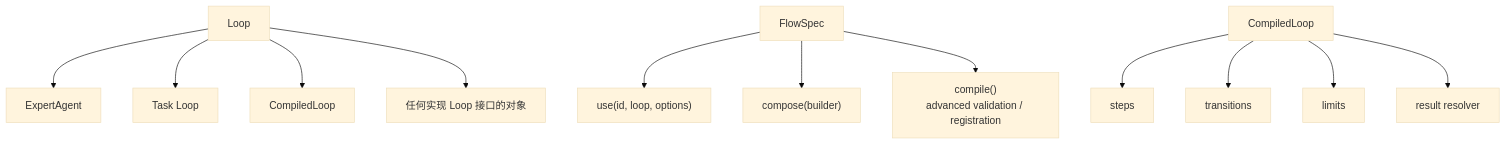
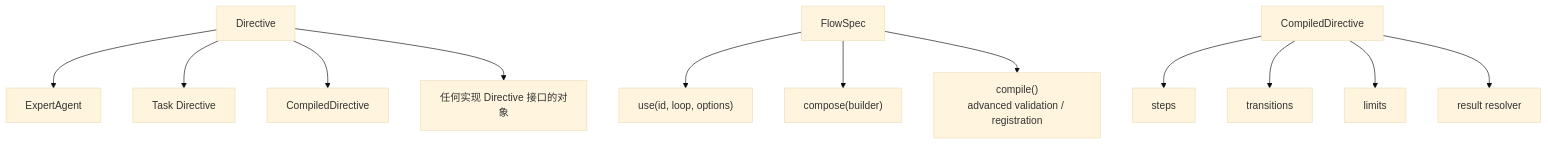
Before and after one commit to pqpo/pragma: the sixth of 18 diagrams in docs/architecture/agent-core-architecture.md, drawn with Mermaid (base theme). The commit also changed other lines of this file and 20 other files, not shown here.

````diff
--- a/docs/architecture/agent-core-architecture.md
+++ b/docs/architecture/agent-core-architecture.md
@@ -156,19 +156,19 @@
 ```mermaid
 flowchart TB
-  loop["Loop"]
+  loop["Directive"]
   loop --> expertAgent["ExpertAgent"]
-  loop --> taskLoop["Task Loop"]
-  loop --> compiledLoopRef["CompiledLoop"]
-  loop --> customLoop["任何实现 Loop 接口的对象"]
+  loop --> taskLoop["Task Directive"]
+  loop --> compiledLoopRef["CompiledDirective"]
+  loop --> customLoop["任何实现 Directive 接口的对象"]
 
   flowSpec["FlowSpec"]
   flowSpec --> use["use(id, loop, options)"]
   flowSpec --> compose["compose(builder)"]
   flowSpec --> compile["compile()<br/>advanced validation / registration"]
 
-  compiledLoop["CompiledLoop"]
+  compiledLoop["CompiledDirective"]
   compiledLoop --> steps["steps"]
   compiledLoop --> transitions["transitions"]
   compiledLoop --> limits["limits"]
   compiledLoop --> resultResolver["result resolver"]
 ```
````
